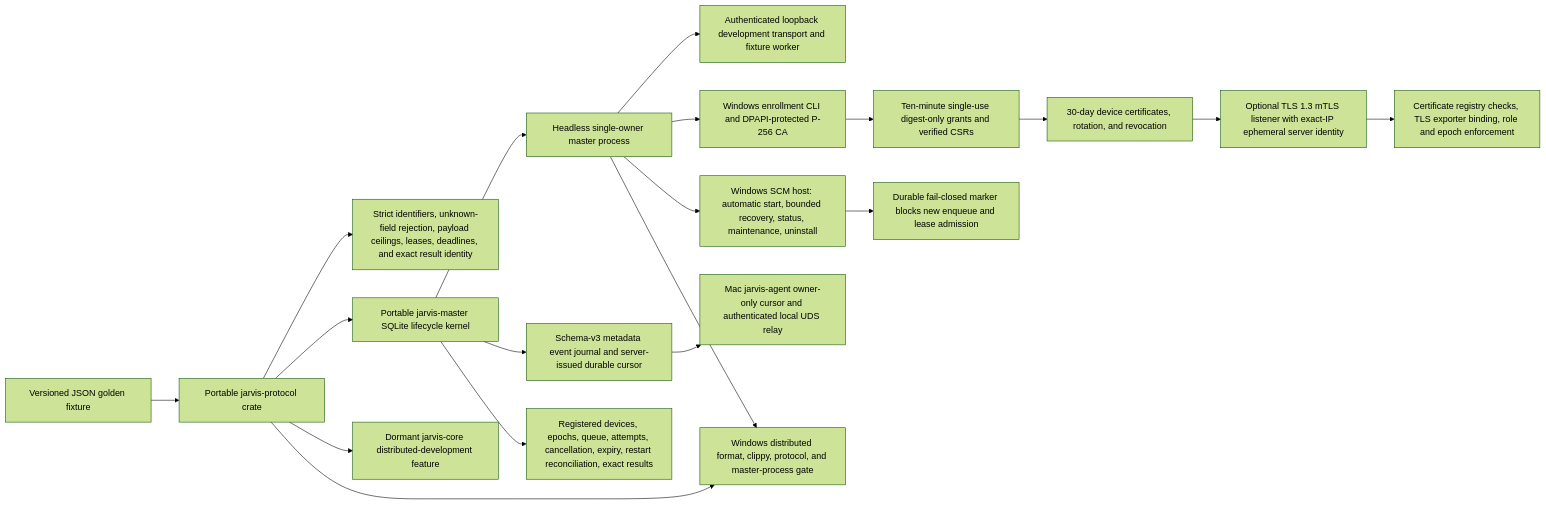
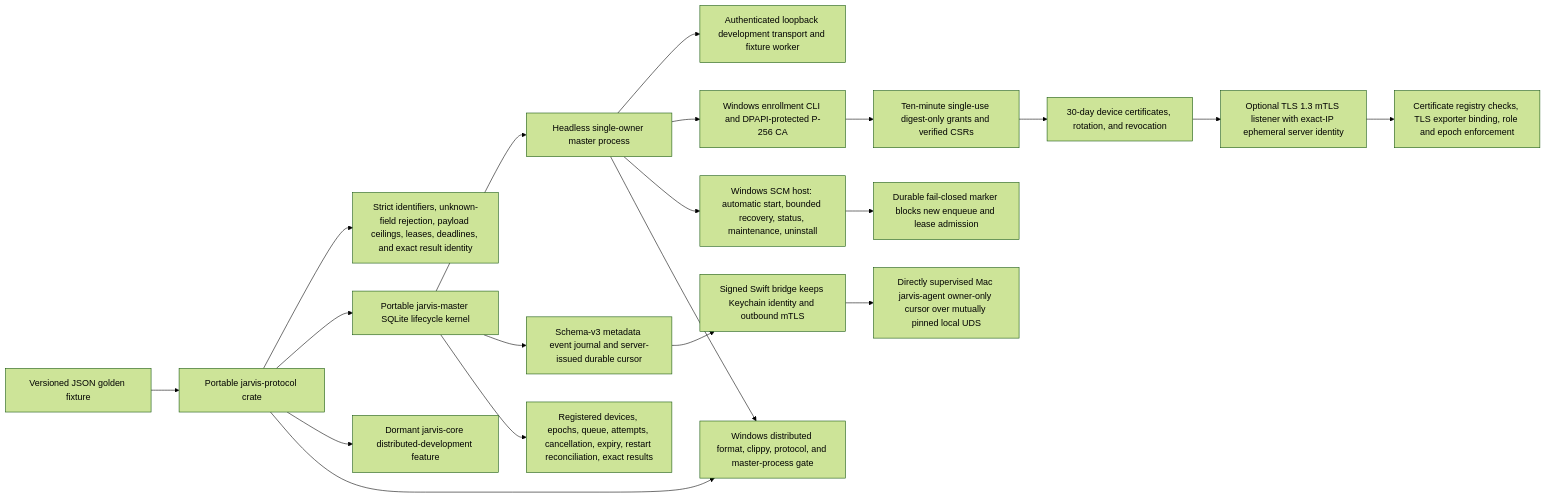
Before and after one commit to malak333/Assemblywright: the first of 18 diagrams in docs/architecture-map.md, drawn with Mermaid (forest theme). The commit also changed other lines of this file and 18 other files, not shown here.

Commit message:
Integrate Developer Mode Mac event relay

````diff
--- a/docs/architecture-map.md
+++ b/docs/architecture-map.md
@@ -7,21 +7,22 @@
 ```mermaid
 flowchart LR
   Fixture["Versioned JSON golden fixture"] --> Protocol["Portable jarvis-protocol crate"]
   Protocol --> Bounds["Strict identifiers, unknown-field rejection, payload ceilings, leases, deadlines, and exact result identity"]
   Protocol --> Master["Portable jarvis-master SQLite lifecycle kernel"]
   Master --> Process["Headless single-owner master process"]
   Process --> Local["Authenticated loopback development transport and fixture worker"]
   Process --> Identity["Windows enrollment CLI and DPAPI-protected P-256 CA"]
   Identity --> Grants["Ten-minute single-use digest-only grants and verified CSRs"]
   Grants --> Certificates["30-day device certificates, rotation, and revocation"]
   Certificates --> Remote["Optional TLS 1.3 mTLS listener with exact-IP ephemeral server identity"]
   Remote --> Binding["Certificate registry checks, TLS exporter binding, role and epoch enforcement"]
   Master --> Events["Schema-v3 metadata event journal and server-issued durable cursor"]
-  Events --> Agent["Mac jarvis-agent owner-only cursor and authenticated local UDS relay"]
+  Events --> Helper["Signed Swift bridge keeps Keychain identity and outbound mTLS"]
+  Helper --> Agent["Directly supervised Mac jarvis-agent owner-only cursor over mutually pinned local UDS"]
   Process --> Service["Windows SCM host: automatic start, bounded recovery, status, maintenance, uninstall"]
   Service --> Maintenance["Durable fail-closed marker blocks new enqueue and lease admission"]
   Master --> Durable["Registered devices, epochs, queue, attempts, cancellation, expiry, restart reconciliation, exact results"]
   Protocol --> Feature["Dormant jarvis-core distributed-development feature"]
   Protocol --> Windows["Windows distributed format, clippy, protocol, and master-process gate"]
   Process --> Windows
 ```
````
